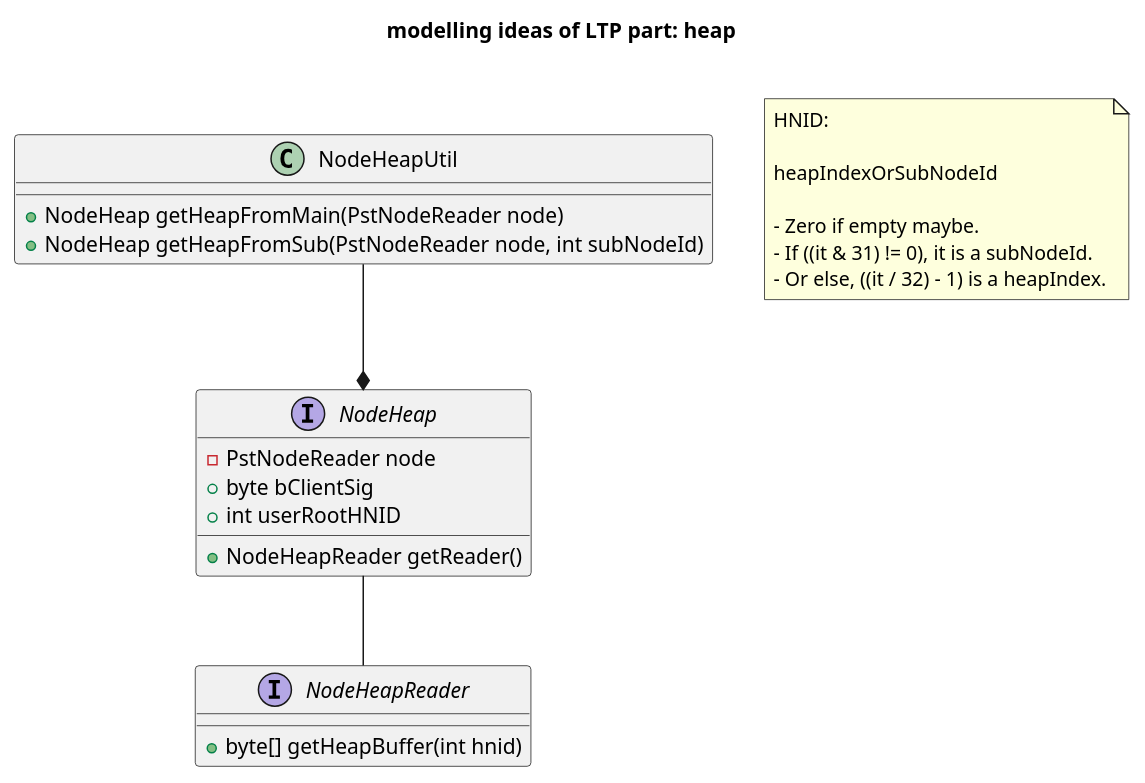
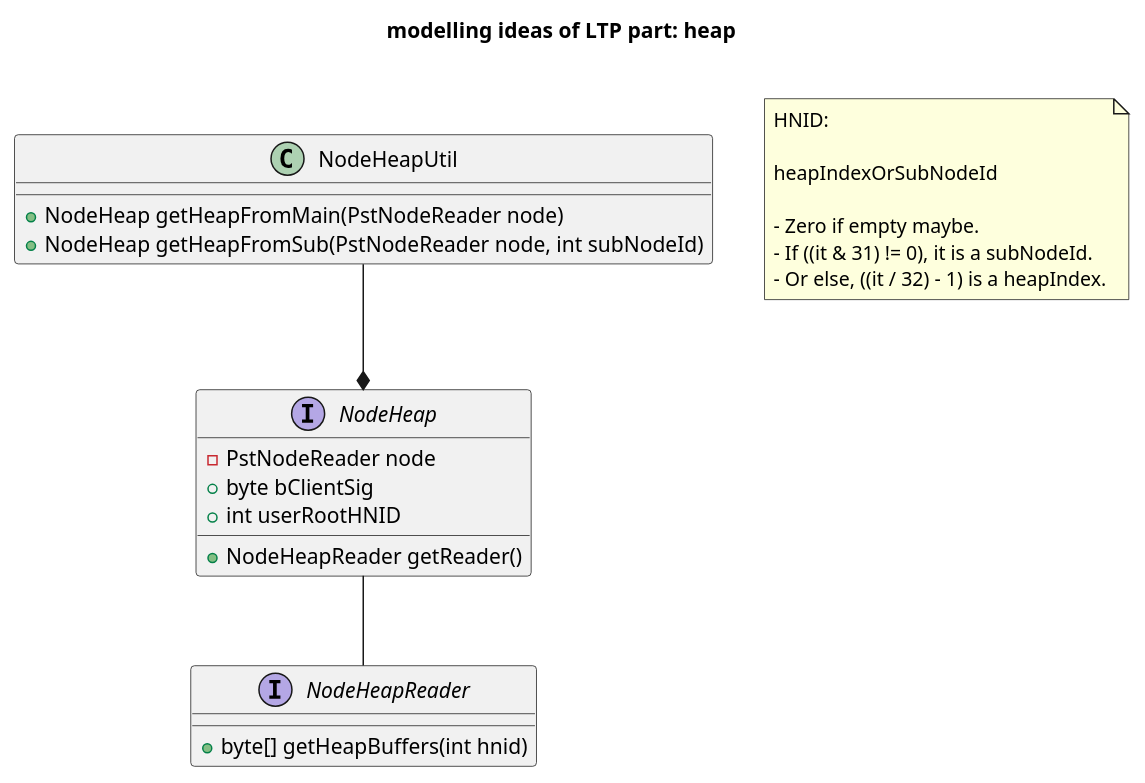
The third of 5 diagrams in plantuml/base.plantuml (Kris-LIBIS/ruby-msg), drawn with PlantUML before and after one commit. The commit also changed 2 other files, not shown here.

```diff
--- a/plantuml/base.plantuml
+++ b/plantuml/base.plantuml
@@ -57,32 +57,32 @@
 @startuml ltp_heap
 title modelling ideas of LTP part: heap\n
 class NodeHeapUtil {
     + NodeHeap getHeapFromMain(PstNodeReader node)
     + NodeHeap getHeapFromSub(PstNodeReader node, int subNodeId)
 }
 
 interface NodeHeap {
     - PstNodeReader node
     + byte bClientSig
     + int userRootHNID
 
     + NodeHeapReader getReader()
 }
 
 interface NodeHeapReader {
-    + byte[] getHeapBuffer(int hnid)
+    + byte[] getHeapBuffers(int hnid)
 }
 
 note as N1
     HNID:
 
     heapIndexOrSubNodeId
 
     - Zero if empty maybe.
     - If ((it & 31) != 0), it is a subNodeId.
     - Or else, ((it / 32) - 1) is a heapIndex.
 end note
 
 NodeHeapUtil --* NodeHeap
 NodeHeap -- NodeHeapReader
 @enduml
```
